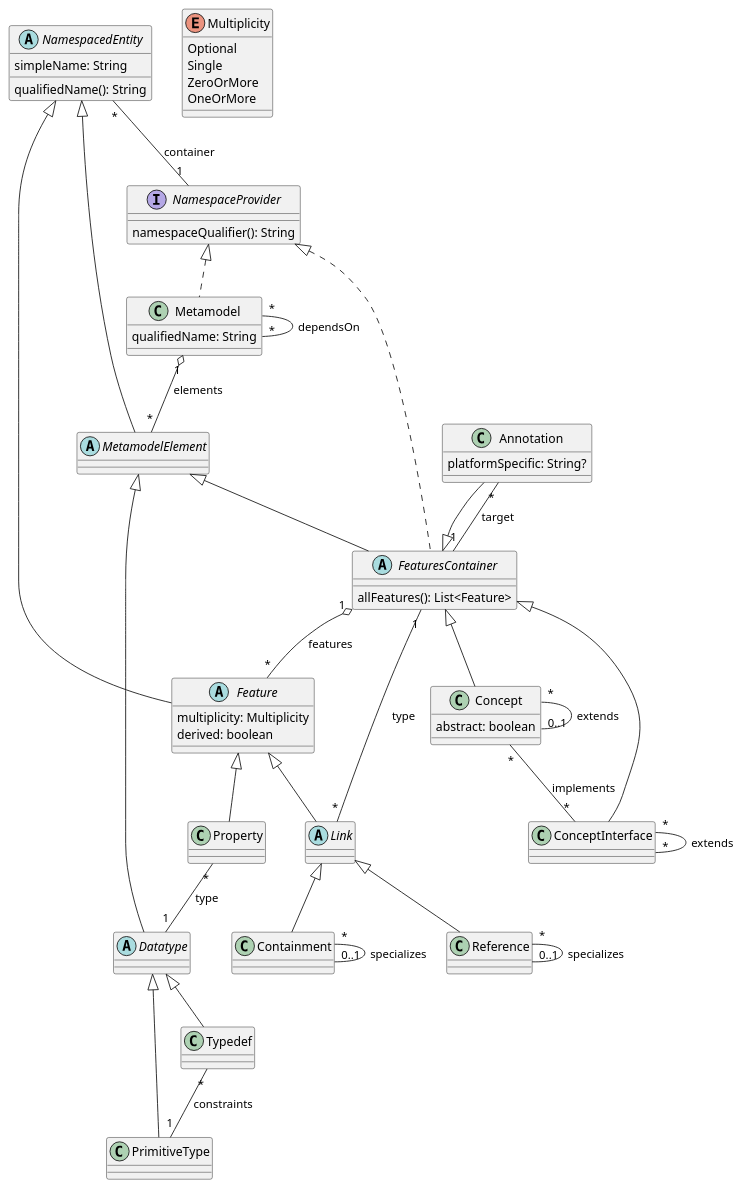
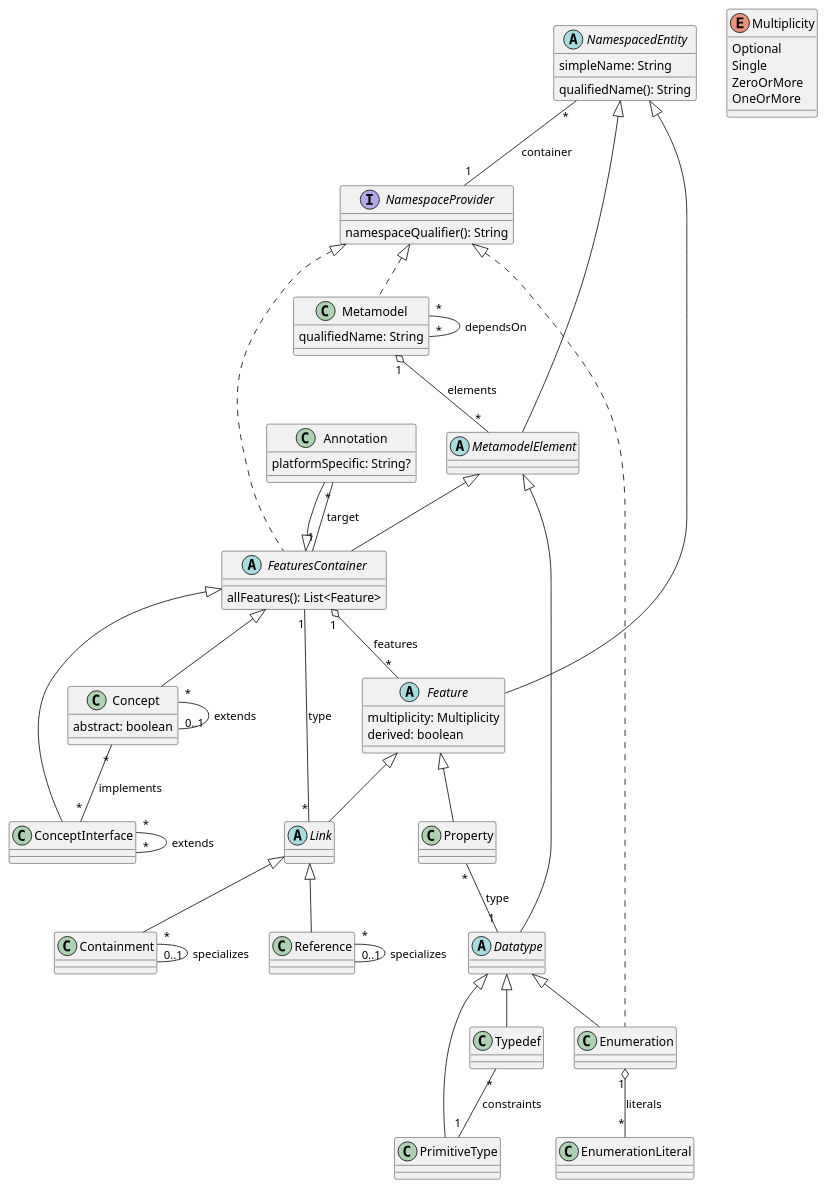
One commit to LionWeb-io/lionweb-typescript changed the diagram in diagrams/metametamodel-gen.puml. Above: the diagram before and after it, drawn with PlantUML. The commit also changed 2 other files, not shown here.

Commit message:
define Enumeration[Literal] meta-circularly in LIonCore/M3

```diff
--- a/diagrams/metametamodel-gen.puml
+++ b/diagrams/metametamodel-gen.puml
@@ -1,94 +1,98 @@
 @startuml
 
 ' qualified name: "lioncore"
 
 
 class Annotation extends FeaturesContainer {
   platformSpecific: String?
 }
 
 class Concept extends FeaturesContainer {
   abstract: boolean
 }
 
 class ConceptInterface extends FeaturesContainer
 
 class Containment extends Link
 
 abstract class Datatype extends MetamodelElement
+
+class Enumeration extends Datatype implements NamespaceProvider
 
 abstract class Feature extends NamespacedEntity {
   multiplicity: Multiplicity
   derived: boolean
 }
 
 abstract class FeaturesContainer extends MetamodelElement implements NamespaceProvider {
   allFeatures(): List<Feature>
 }
 
 abstract class Link extends Feature
 
 class Metamodel implements NamespaceProvider {
   qualifiedName: String
 }
 
 abstract class MetamodelElement extends NamespacedEntity
 
 enum Multiplicity {
   Optional
   Single
   ZeroOrMore
   OneOrMore
 }
 
 interface NamespaceProvider {
   namespaceQualifier(): String
 }
 
 abstract class NamespacedEntity {
   simpleName: String
   qualifiedName(): String
 }
 
 class PrimitiveType extends Datatype
 
 class Property extends Feature
 
 class Reference extends Link
 
 ' primitive type: "String"
 
 class Typedef extends Datatype
 
 ' primitive type: "boolean"
 
 
 
 ' relations:
 
 Annotation "*" -- "1" FeaturesContainer: target
 
 Concept "*" -- "0..1" Concept: extends
 Concept "*" -- "*" ConceptInterface: implements
 
 ConceptInterface "*" -- "*" ConceptInterface: extends
 
 Containment "*" -- "0..1" Containment: specializes
 
+Enumeration "1" o-- "*" EnumerationLiteral: literals
+
 FeaturesContainer "1" o-- "*" Feature: features
 
 Link "*" -- "1" FeaturesContainer: type
 
 Metamodel "1" o-- "*" MetamodelElement: elements
 Metamodel "*" -- "*" Metamodel: dependsOn
 
 NamespacedEntity "*" -- "1" NamespaceProvider: container
 
 Property "*" -- "1" Datatype: type
 
 Reference "*" -- "0..1" Reference: specializes
 
 Typedef "*" -- "1" PrimitiveType: constraints
 
 
 @enduml
```
